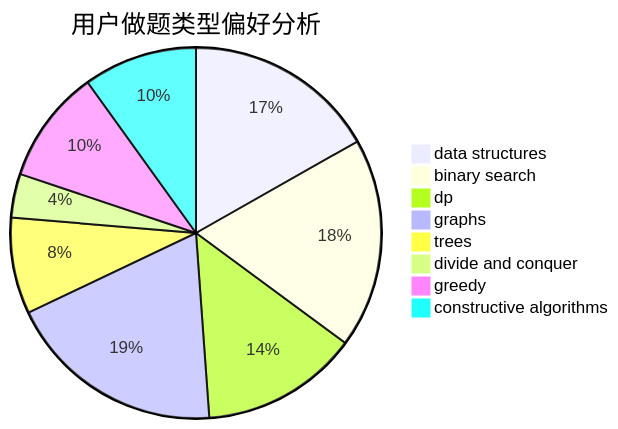
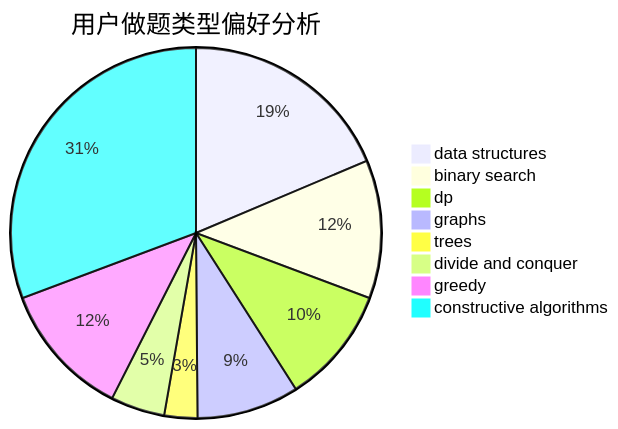
One commit to sherpahu/cfrs.github.io changed the second of 3 diagrams in docs/user/u1145.md. Above: the diagram before and after it, drawn with Mermaid. The commit also changed other lines of this file and 2770 other files, not shown here.

````diff
--- a/docs/user/u1145.md
+++ b/docs/user/u1145.md
@@ -23,11 +23,11 @@
 ```mermaid
 pie title 用户做题类型偏好分析
-    "data structures" :  22
-    "binary search" :  24
-    "dp" :  18
-    "graphs" :  25
+    "data structures" :  71
+    "binary search" :  46
+    "dp" :  39
+    "graphs" :  34
     "trees" :  11
-    "divide and conquer" :  5
-    "greedy" :  13
-    "constructive algorithms" :  13
+    "divide and conquer" :  18
+    "greedy" :  45
+    "constructive algorithms" :  117
 ```
````
